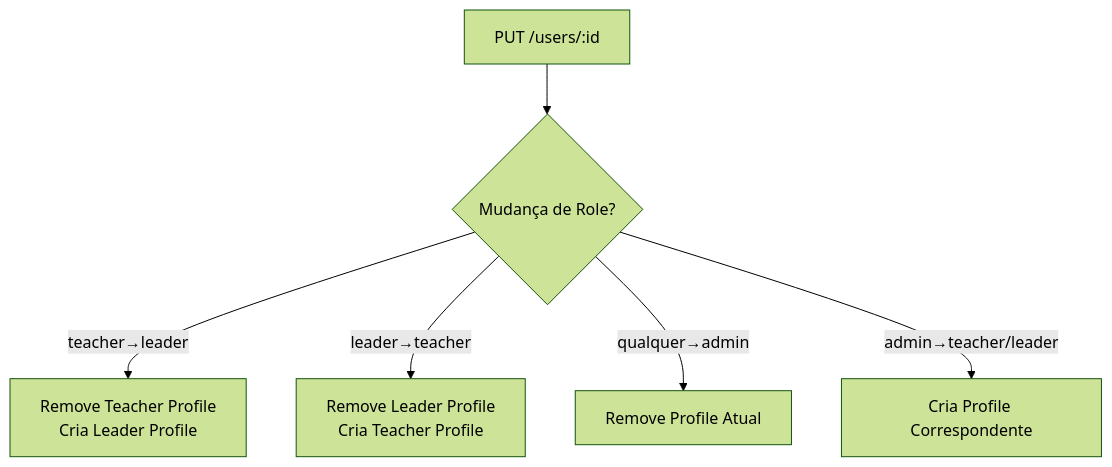
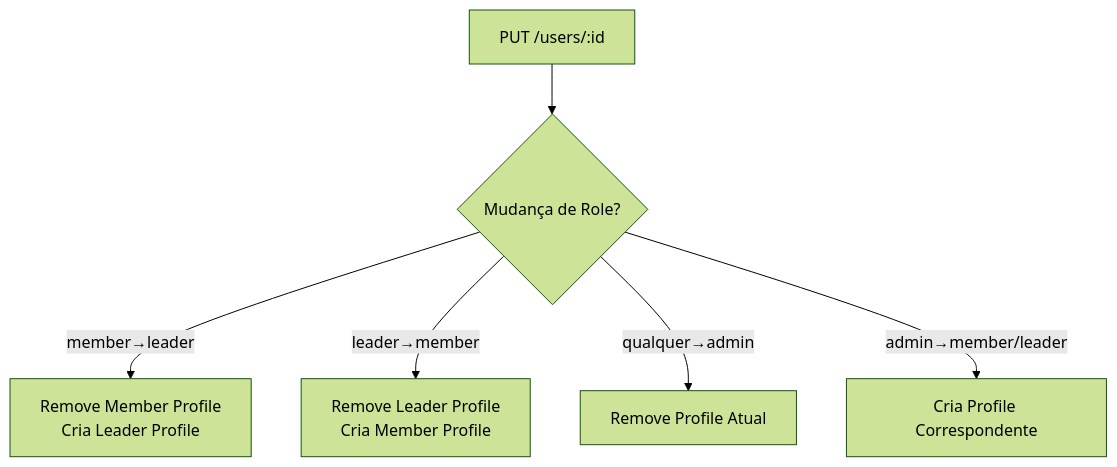
One commit to orfanatonib/orfanatonib-api changed the second of 3 diagrams in docs/modules/users/Users_API_Documentation.md. Above: the diagram before and after it, drawn with Mermaid (forest theme). The commit also changed other lines of this file and 128 other files, not shown here.

First line of the commit message:
refactor: rename teacher-profile module to member-profile

````diff
--- a/docs/modules/users/Users_API_Documentation.md
+++ b/docs/modules/users/Users_API_Documentation.md
@@ -331,8 +331,8 @@
 ```mermaid
 graph TD
     A[PUT /users/:id] --> B{Mudança de Role?}
-    B -->|teacher→leader| C[Remove Teacher Profile<br/>Cria Leader Profile]
-    B -->|leader→teacher| D[Remove Leader Profile<br/>Cria Teacher Profile]
+    B -->|member→leader| C[Remove Member Profile<br/>Cria Leader Profile]
+    B -->|leader→member| D[Remove Leader Profile<br/>Cria Member Profile]
     B -->|qualquer→admin| E[Remove Profile Atual]
-    B -->|admin→teacher/leader| F[Cria Profile Correspondente]
+    B -->|admin→member/leader| F[Cria Profile Correspondente]
 ```
````
